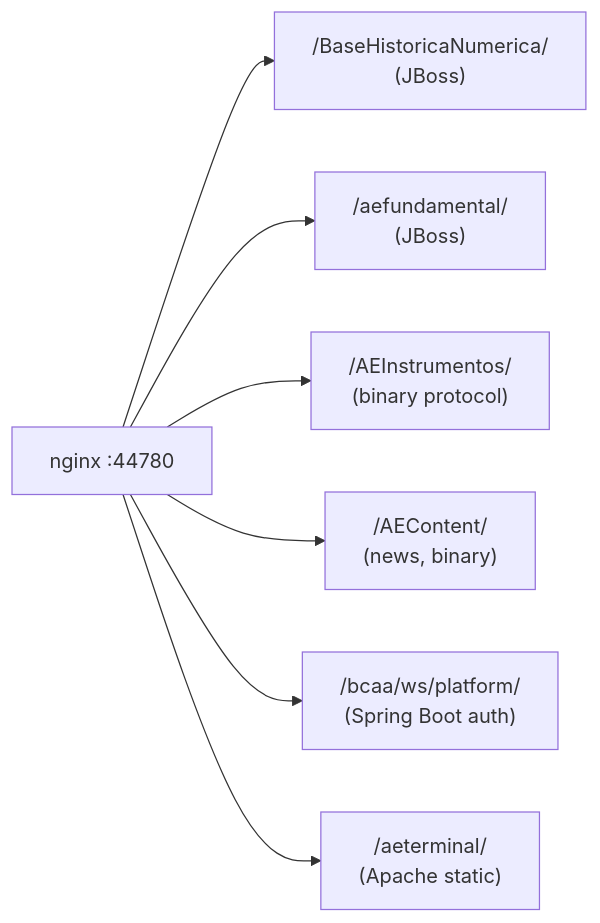
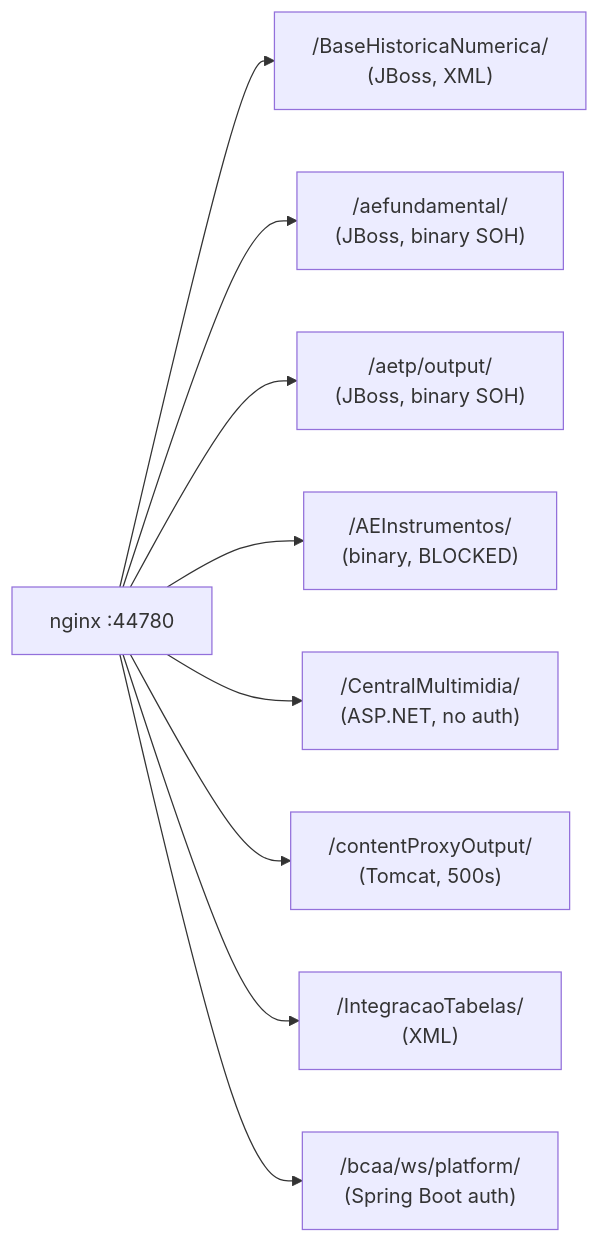
Before and after one commit to enzoomoreira/py-bcast: the second of 2 diagrams in docs/architecture.md, drawn with Mermaid. The commit also changed other lines of this file and 20 other files, not shown here.

````diff
--- a/docs/architecture.md
+++ b/docs/architecture.md
@@ -72,10 +100,12 @@
 ```mermaid
 graph LR
     nginx["nginx :44780"]
-    nginx --> BHN["/BaseHistoricaNumerica/<br/>(JBoss)"]
-    nginx --> AEF["/aefundamental/<br/>(JBoss)"]
-    nginx --> AEI["/AEInstrumentos/<br/>(binary protocol)"]
-    nginx --> AEC["/AEContent/<br/>(news, binary)"]
+    nginx --> BHN["/BaseHistoricaNumerica/<br/>(JBoss, XML)"]
+    nginx --> AEF["/aefundamental/<br/>(JBoss, binary SOH)"]
+    nginx --> AETP["/aetp/output/<br/>(JBoss, binary SOH)"]
+    nginx --> AEI["/AEInstrumentos/<br/>(binary, BLOCKED)"]
+    nginx --> CMM["/CentralMultimidia/<br/>(ASP.NET, no auth)"]
+    nginx --> CPO["/contentProxyOutput/<br/>(Tomcat, 500s)"]
+    nginx --> IT["/IntegracaoTabelas/<br/>(XML)"]
     nginx --> BCAA["/bcaa/ws/platform/<br/>(Spring Boot auth)"]
-    nginx --> AET["/aeterminal/<br/>(Apache static)"]
 ```
````
